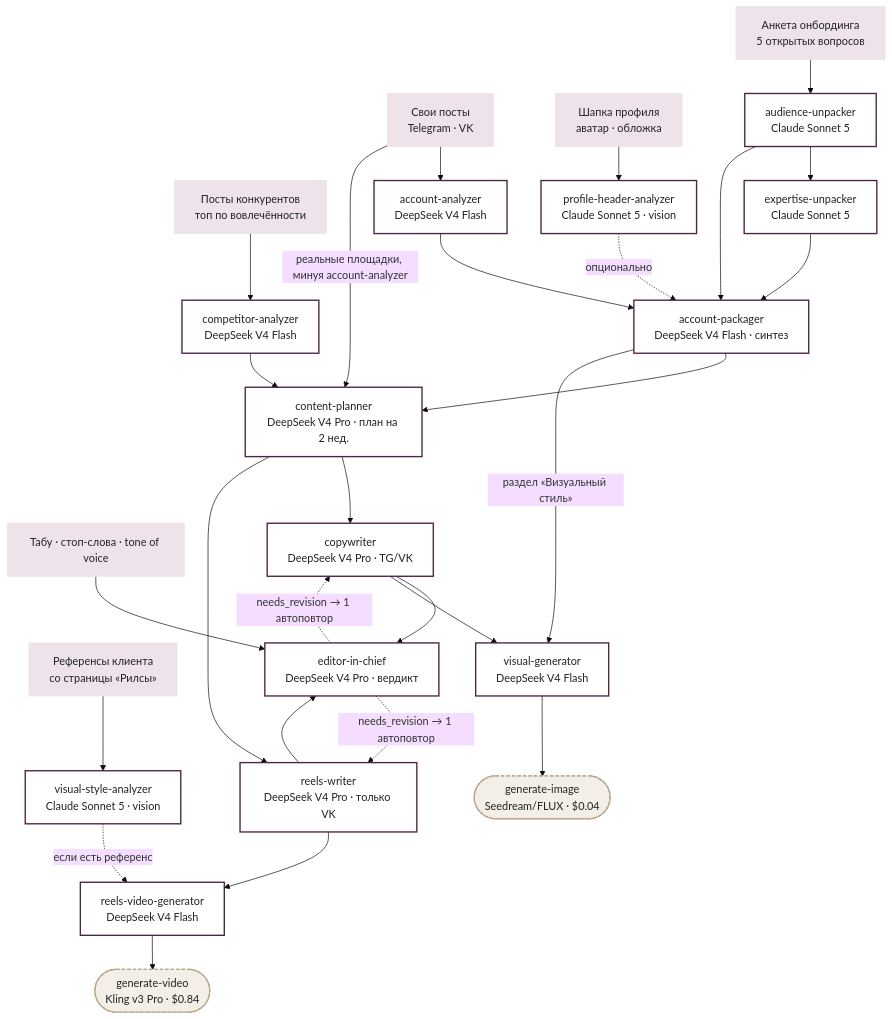
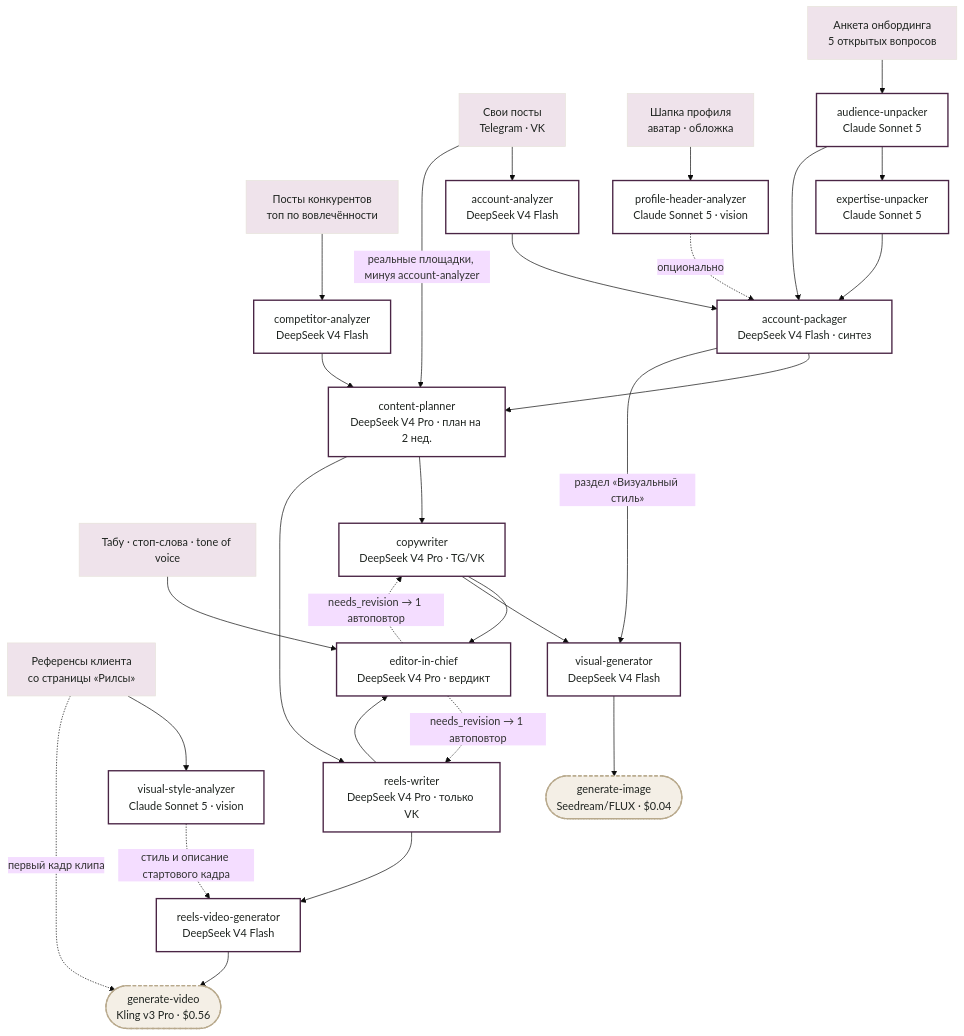
Before and after one commit to nanosvetik/ai-smm-assistant: the diagram in README.md, drawn with Mermaid (base theme). The commit also changed other lines of this file and 2 other files, not shown here.

````diff
--- a/README.md
+++ b/README.md
@@ -47,62 +47,63 @@
 ```mermaid
 flowchart TD
     classDef input fill:#efe3eb,stroke:#e7e3da,color:#1f2420
     classDef agent fill:#ffffff,stroke:#4a2545,stroke-width:2px,color:#1f2420
     classDef media fill:#f4efe6,stroke:#b8a98c,stroke-width:2px,stroke-dasharray:5 3,color:#1f2420
 
     ONB["Анкета онбординга<br/>5 открытых вопросов"]:::input
     OWN["Свои посты<br/>Telegram · VK"]:::input
     COMP["Посты конкурентов<br/>топ по вовлечённости"]:::input
     HEAD["Шапка профиля<br/>аватар · обложка"]:::input
     REF["Референсы клиента<br/>со страницы «Рилсы»"]:::input
     CHECK["Табу · стоп-слова · tone of voice"]:::input
 
     AU["audience-unpacker<br/>Claude Sonnet 5"]:::agent
     EU["expertise-unpacker<br/>Claude Sonnet 5"]:::agent
     AA["account-analyzer<br/>DeepSeek V4 Flash"]:::agent
     CA["competitor-analyzer<br/>DeepSeek V4 Flash"]:::agent
     PHA["profile-header-analyzer<br/>Claude Sonnet 5 · vision"]:::agent
     VSA["visual-style-analyzer<br/>Claude Sonnet 5 · vision"]:::agent
 
     AP["account-packager<br/>DeepSeek V4 Flash · синтез"]:::agent
     CP["content-planner<br/>DeepSeek V4 Pro · план на 2 нед."]:::agent
     CW["copywriter<br/>DeepSeek V4 Pro · TG/VK"]:::agent
     RW["reels-writer<br/>DeepSeek V4 Pro · только VK"]:::agent
     EIC["editor-in-chief<br/>DeepSeek V4 Pro · вердикт"]:::agent
     VG["visual-generator<br/>DeepSeek V4 Flash"]:::agent
     RVG["reels-video-generator<br/>DeepSeek V4 Flash"]:::agent
 
     IMG(["generate-image<br/>Seedream/FLUX · $0.04"]):::media
-    VID(["generate-video<br/>Kling v3 Pro · $0.84"]):::media
+    VID(["generate-video<br/>Kling v3 Pro · $0.56"]):::media
 
     ONB --> AU --> EU
     OWN --> AA
     OWN -->|реальные площадки, минуя account-analyzer| CP
     COMP --> CA
     HEAD --> PHA
     REF --> VSA
 
     AU --> AP
     EU --> AP
     AA --> AP
     PHA -.->|опционально| AP
 
     AP --> CP
     CA --> CP
 
     CP --> CW
     CP --> RW
 
     CW --> EIC
     RW --> EIC
     CHECK --> EIC
     EIC -.->|needs_revision → 1 автоповтор| CW
     EIC -.->|needs_revision → 1 автоповтор| RW
 
     AP -->|раздел «Визуальный стиль»| VG
     CW --> VG --> IMG
 
     RW --> RVG
-    VSA -.->|если есть референс| RVG
+    VSA -.->|стиль и описание стартового кадра| RVG
+    REF -.->|первый кадр клипа| VID
     RVG --> VID
 ```
````
